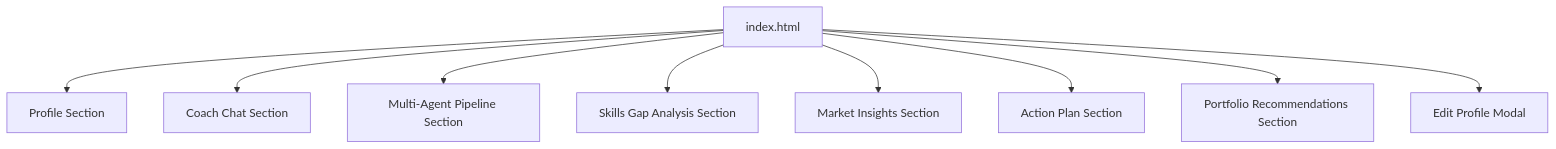
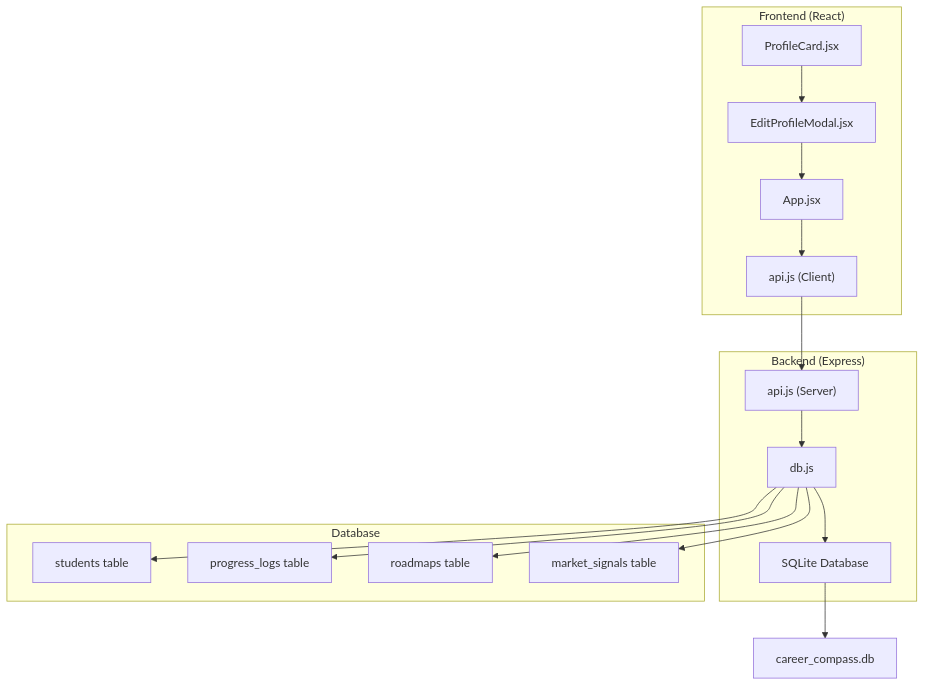
Before and after one commit to Alishba-Moin/CareerCompass: the first of 6 diagrams in .qoder/repowiki/en/content/Core Features/Profile Management System.md, drawn with Mermaid. The commit also changed other lines of this file and 38 other files, not shown here.

Commit message:
Add Roadmap pdf download option

````diff
--- a/.qoder/repowiki/en/content/Core Features/Profile Management System.md
+++ b/.qoder/repowiki/en/content/Core Features/Profile Management System.md
@@ -35,11 +51,24 @@
 ```mermaid
 graph TB
-A["index.html"] --> B["Profile Section"]
-A --> C["Coach Chat Section"]
-A --> D["Multi-Agent Pipeline Section"]
-A --> E["Skills Gap Analysis Section"]
-A --> F["Market Insights Section"]
-A --> G["Action Plan Section"]
-A --> H["Portfolio Recommendations Section"]
-A --> I["Edit Profile Modal"]
+subgraph "Frontend (React)"
+A["ProfileCard.jsx"] --> B["EditProfileModal.jsx"]
+B --> C["App.jsx"]
+C --> D["api.js (Client)"]
+end
+subgraph "Backend (Express)"
+E["api.js (Server)"] --> F["db.js"]
+F --> G["SQLite Database"]
+end
+D --> E
+G --> H["career_compass.db"]
+subgraph "Database"
+I["students table"]
+J["progress_logs table"]
+K["roadmaps table"]
+L["market_signals table"]
+end
+F --> I
+F --> J
+F --> K
+F --> L
 ```
````
